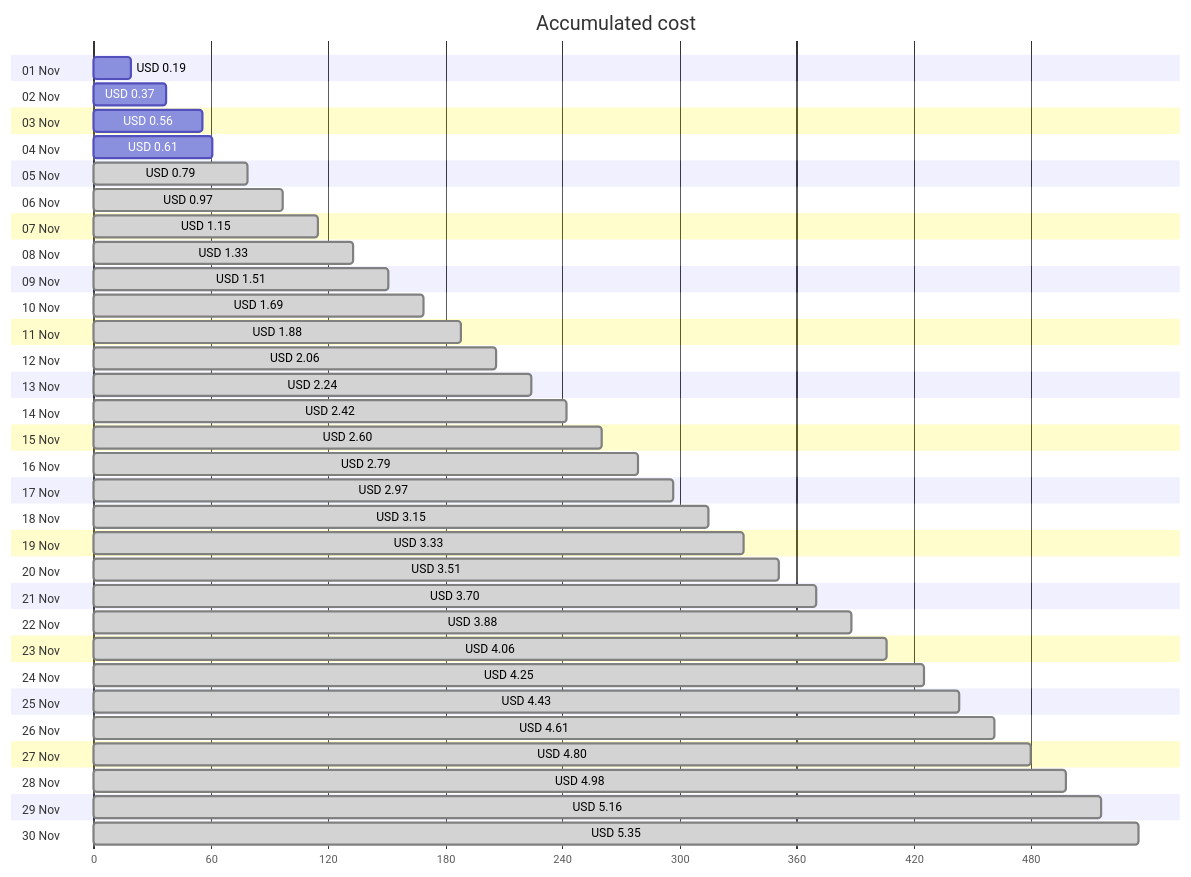
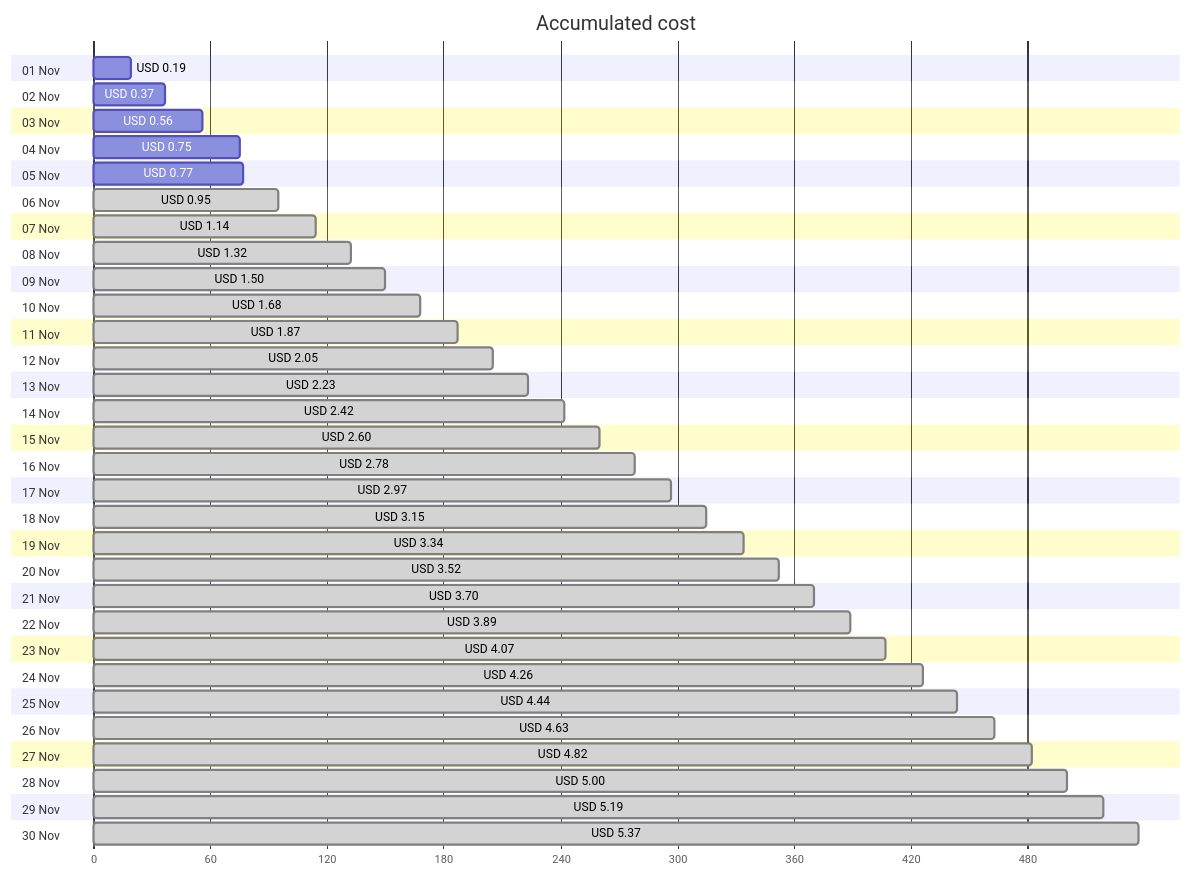
One commit to jpfulton/azure-personal-reports changed the first of 4 diagrams in cost-reports/personal-network/backup-server.md. Above: the diagram before and after it, drawn with Mermaid. The commit also changed other lines of this file and 8 other files, not shown here.

````diff
--- a/cost-reports/personal-network/backup-server.md
+++ b/cost-reports/personal-network/backup-server.md
@@ -20,66 +20,66 @@
 ```mermaid
 gantt
    title Accumulated cost
    dateFormat  X
    axisFormat %s
    section 01 Nov
    USD 0.19 :0, 19
    section 02 Nov
    USD 0.37 :0, 37
    section 03 Nov
    USD 0.56 :0, 56
    section 04 Nov
-   USD 0.61 :0, 61
+   USD 0.75 :0, 75
    section 05 Nov
-   USD 0.79 : done, 0, 79
+   USD 0.77 :0, 77
    section 06 Nov
-   USD 0.97 : done, 0, 97
+   USD 0.95 : done, 0, 95
    section 07 Nov
-   USD 1.15 : done, 0, 115
+   USD 1.14 : done, 0, 114
    section 08 Nov
-   USD 1.33 : done, 0, 133
+   USD 1.32 : done, 0, 132
    section 09 Nov
-   USD 1.51 : done, 0, 151
+   USD 1.50 : done, 0, 150
    section 10 Nov
-   USD 1.69 : done, 0, 169
+   USD 1.68 : done, 0, 168
    section 11 Nov
-   USD 1.88 : done, 0, 188
+   USD 1.87 : done, 0, 187
    section 12 Nov
-   USD 2.06 : done, 0, 206
+   USD 2.05 : done, 0, 205
    section 13 Nov
-   USD 2.24 : done, 0, 224
+   USD 2.23 : done, 0, 223
    section 14 Nov
    USD 2.42 : done, 0, 242
    section 15 Nov
    USD 2.60 : done, 0, 260
    section 16 Nov
-   USD 2.79 : done, 0, 279
+   USD 2.78 : done, 0, 278
    section 17 Nov
    USD 2.97 : done, 0, 297
    section 18 Nov
    USD 3.15 : done, 0, 315
    section 19 Nov
-   USD 3.33 : done, 0, 333
+   USD 3.34 : done, 0, 334
    section 20 Nov
-   USD 3.51 : done, 0, 351
+   USD 3.52 : done, 0, 352
    section 21 Nov
    USD 3.70 : done, 0, 370
    section 22 Nov
-   USD 3.88 : done, 0, 388
+   USD 3.89 : done, 0, 389
    section 23 Nov
-   USD 4.06 : done, 0, 406
+   USD 4.07 : done, 0, 407
    section 24 Nov
-   USD 4.25 : done, 0, 425
+   USD 4.26 : done, 0, 426
    section 25 Nov
-   USD 4.43 : done, 0, 443
+   USD 4.44 : done, 0, 444
    section 26 Nov
-   USD 4.61 : done, 0, 461
+   USD 4.63 : done, 0, 463
    section 27 Nov
-   USD 4.80 : done, 0, 480
+   USD 4.82 : done, 0, 482
    section 28 Nov
-   USD 4.98 : done, 0, 498
+   USD 5.00 : done, 0, 500
    section 29 Nov
-   USD 5.16 : done, 0, 516
+   USD 5.19 : done, 0, 519
    section 30 Nov
-   USD 5.35 : done, 0, 535
+   USD 5.37 : done, 0, 537
 ```
````
